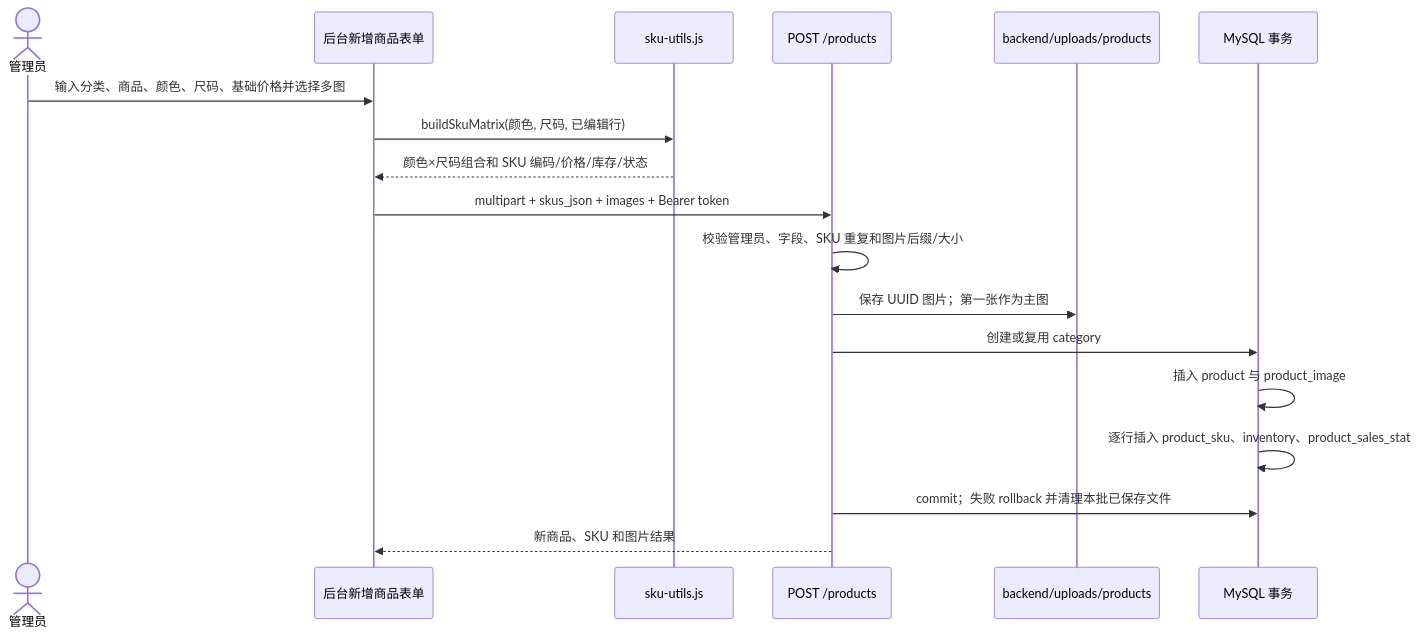
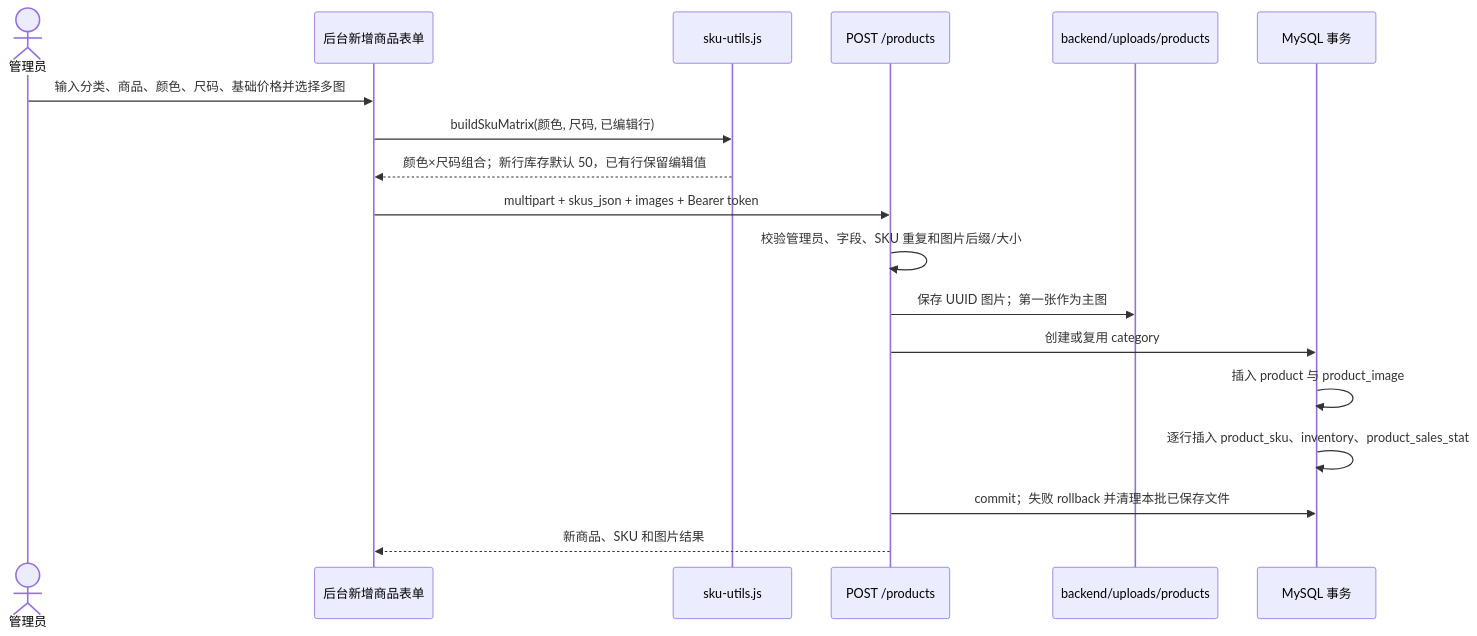
One commit to laananed/Cloth-Shop changed the seventh of 7 diagrams in docs/current-project-architecture.md. Above: the diagram before and after it, drawn with Mermaid. The commit also changed other lines of this file and 2 other files, not shown here.

Commit message:
fix: 将新增商品 SKU 默认库存设为 50

````diff
--- a/docs/current-project-architecture.md
+++ b/docs/current-project-architecture.md
@@ -442,21 +442,21 @@
 ```mermaid
 sequenceDiagram
     actor AdminUser as 管理员
     participant Form as 后台新增商品表单
     participant SKU as sku-utils.js
     participant API as POST /products
     participant Files as backend/uploads/products
     participant DB as MySQL 事务
 
     AdminUser->>Form: 输入分类、商品、颜色、尺码、基础价格并选择多图
     Form->>SKU: buildSkuMatrix(颜色, 尺码, 已编辑行)
-    SKU-->>Form: 颜色×尺码组合和 SKU 编码/价格/库存/状态
+    SKU-->>Form: 颜色×尺码组合；新行库存默认 50，已有行保留编辑值
     Form->>API: multipart + skus_json + images + Bearer token
     API->>API: 校验管理员、字段、SKU 重复和图片后缀/大小
     API->>Files: 保存 UUID 图片；第一张作为主图
     API->>DB: 创建或复用 category
     DB->>DB: 插入 product 与 product_image
     DB->>DB: 逐行插入 product_sku、inventory、product_sales_stat
     API->>DB: commit；失败 rollback 并清理本批已保存文件
     API-->>Form: 新商品、SKU 和图片结果
 ```
````
